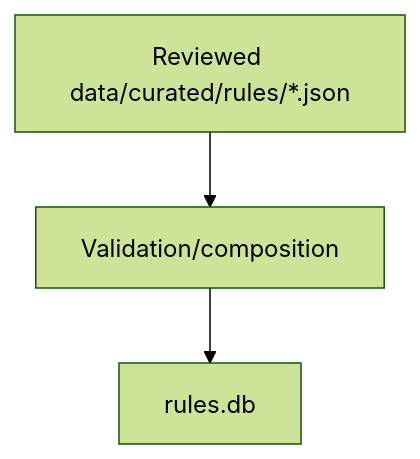
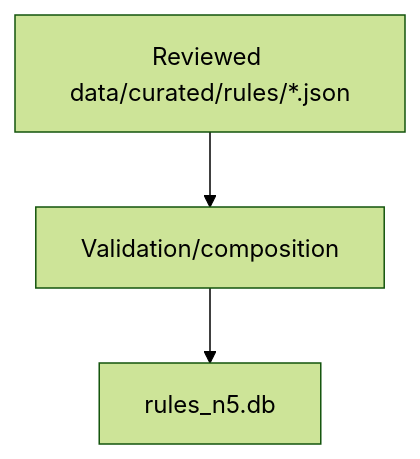
One commit to frankysan/InfinityDB changed the second of 2 diagrams in docs/data-model.md. Above: the diagram before and after it, drawn with Mermaid (forest theme). The commit also changed other lines of this file and 244 other files, not shown here.

````diff
--- a/docs/data-model.md
+++ b/docs/data-model.md
@@ -40,9 +45,9 @@
 ```mermaid
 flowchart TD
     curated["Reviewed data/curated/rules/*.json"]
     validation["Validation/composition"]
-    database["rules.db"]
+    database["rules_n5.db"]
 
     curated --> validation
     validation --> database
 ```
````
